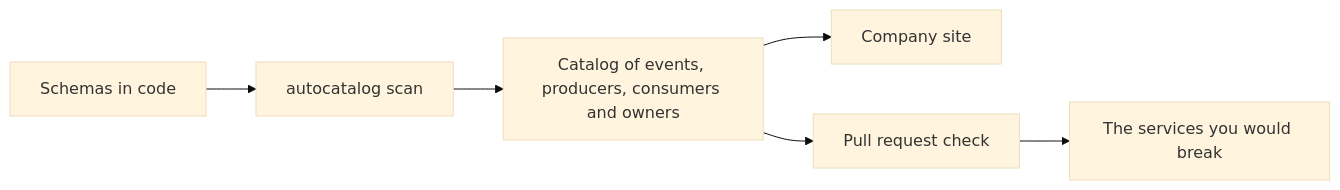
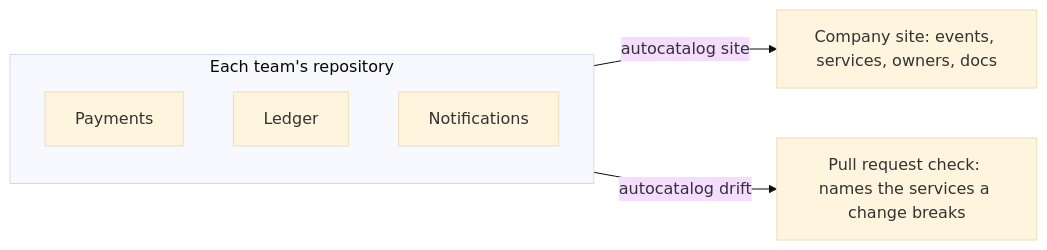
Before and after one commit to jagreehal/autocatalog: the diagram in README.md, drawn with Mermaid (base theme). The commit also changed other lines of this file, not shown here.

Commit message:
docs(readme): federated diagram, teams own their contracts

````diff
--- a/README.md
+++ b/README.md
@@ -10,8 +14,10 @@
 ```mermaid
 flowchart LR
-  code[Schemas in code] --> scan[autocatalog scan]
-  scan --> catalog[Catalog of events, producers, consumers and owners]
-  catalog --> site[Company site]
-  catalog --> pr[Pull request check]
-  pr --> impact[The services you would break]
+  subgraph repos["Each team's repository"]
+    pay[Payments]
+    ledger[Ledger]
+    notif[Notifications]
+  end
+  repos -- autocatalog site --> site["Company site: events, services, owners, docs"]
+  repos -- autocatalog drift --> pr["Pull request check: names the services a change breaks"]
 ```
````
